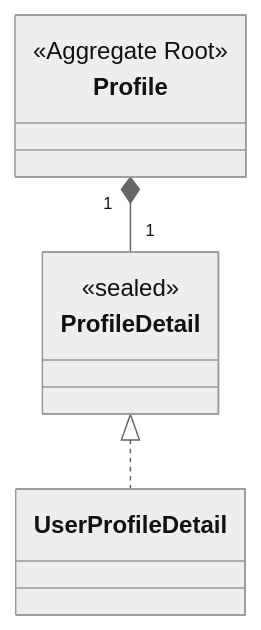
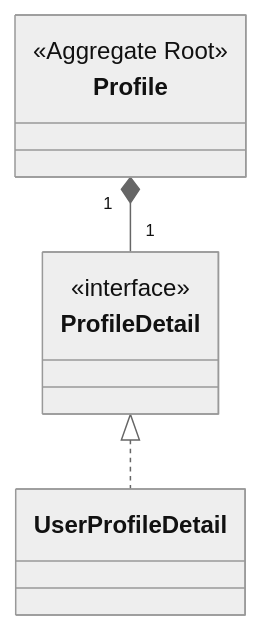
Before and after one commit to hirecore/hirecore-member-server: the diagram in docs/diagram/profile/domain-model.md, drawn with Mermaid (neutral theme). The commit also changed 2 other files, not shown here.

Commit message:
docs: 도메인 모델 다이어그램을 실제 코드와 대조해 관계·스테레오타입 정정
- portfolio: 조회·관심 기록을 소유(컴포지션)에서 연관으로 정정 (이벤트로 별도 저장, FK로 연결)
- membership: policy BC 외부 참조 표시 및 부정확한 스냅샷 라벨 정정
- profile: sealed 인터페이스 스테레오타입 표기 정정

````diff
--- a/docs/diagram/profile/domain-model.md
+++ b/docs/diagram/profile/domain-model.md
@@ -7,11 +7,11 @@
 ```mermaid
 classDiagram
     class Profile {
         <<Aggregate Root>>
     }
     class ProfileDetail {
-        <<sealed>>
+        <<interface>>
     }
     Profile "1" *-- "1" ProfileDetail
     ProfileDetail <|.. UserProfileDetail
 ```
````
